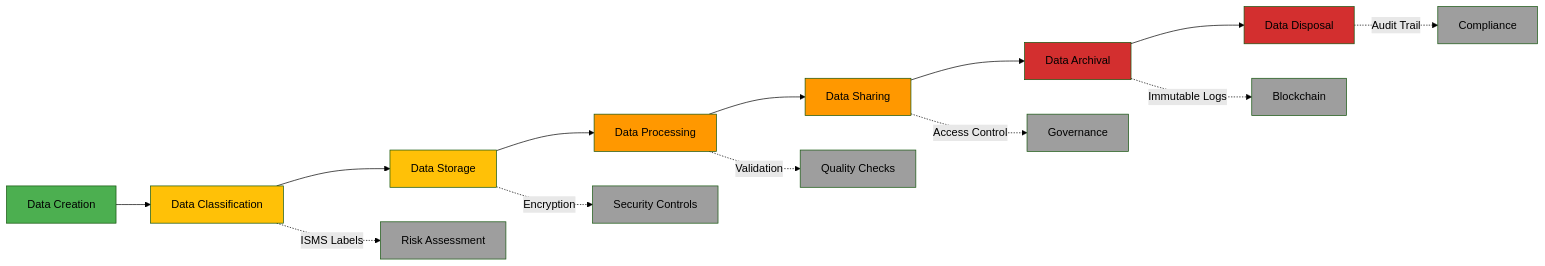
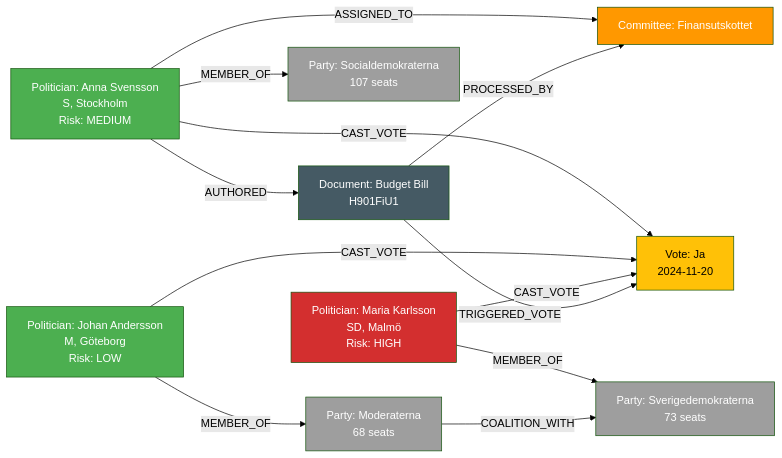
Before and after one commit to Hack23/riksdagsmonitor: the fourth of 8 diagrams in FUTURE_DATA_MODEL.md, drawn with Mermaid (forest theme). The commit also changed other lines of this file, not shown here.

Commit message:
docs: Rewrite FUTURE_DATA_MODEL.md v1.0 - concise AWS serverless (1,609 lines)

````diff
--- a/FUTURE_DATA_MODEL.md
+++ b/FUTURE_DATA_MODEL.md
@@ -3087,30 +1186,40 @@
 ```mermaid
-flowchart LR
-    A[Data Creation] --> B[Data Classification]
-    B --> C[Data Storage]
-    C --> D[Data Processing]
-    D --> E[Data Sharing]
-    E --> F[Data Archival]
-    F --> G[Data Disposal]
+graph LR
+    P1[Politician: Anna Svensson<br/>S, Stockholm<br/>Risk: MEDIUM]
+    P2[Politician: Johan Andersson<br/>M, Göteborg<br/>Risk: LOW]
+    P3[Politician: Maria Karlsson<br/>SD, Malmö<br/>Risk: HIGH]
     
-    B -.->|ISMS Labels| H[Risk Assessment]
-    C -.->|Encryption| I[Security Controls]
-    D -.->|Validation| J[Quality Checks]
-    E -.->|Access Control| K[Governance]
-    F -.->|Immutable Logs| L[Blockchain]
-    G -.->|Audit Trail| M[Compliance]
+    Party_S[Party: Socialdemokraterna<br/>107 seats]
+    Party_M[Party: Moderaterna<br/>68 seats]
+    Party_SD[Party: Sverigedemokraterna<br/>73 seats]
     
-    style A fill:#4CAF50
-    style B fill:#FFC107
-    style C fill:#FFC107
-    style D fill:#FF9800
-    style E fill:#FF9800
-    style F fill:#D32F2F
-    style G fill:#D32F2F
-    style H fill:#9E9E9E
-    style I fill:#9E9E9E
-    style J fill:#9E9E9E
-    style K fill:#9E9E9E
-    style L fill:#9E9E9E
-    style M fill:#9E9E9E
+    D1[Document: Budget Bill<br/>H901FiU1]
+    V1[Vote: Ja<br/>2024-11-20]
+    C1[Committee: Finansutskottet]
+    
+    P1 -->|MEMBER_OF| Party_S
+    P2 -->|MEMBER_OF| Party_M
+    P3 -->|MEMBER_OF| Party_SD
+    
+    P1 -->|AUTHORED| D1
+    P1 -->|CAST_VOTE| V1
+    P1 -->|ASSIGNED_TO| C1
+    
+    P2 -->|CAST_VOTE| V1
+    P3 -->|CAST_VOTE| V1
+    
+    Party_M -->|COALITION_WITH| Party_SD
+    
+    D1 -->|PROCESSED_BY| C1
+    D1 -->|TRIGGERED_VOTE| V1
+    
+    style P1 fill:#4CAF50,color:#fff
+    style P2 fill:#4CAF50,color:#fff
+    style P3 fill:#D32F2F,color:#fff
+    style Party_S fill:#9E9E9E,color:#fff
+    style Party_M fill:#9E9E9E,color:#fff
+    style Party_SD fill:#9E9E9E,color:#fff
+    style D1 fill:#455A64,color:#fff
+    style V1 fill:#FFC107,color:#000
+    style C1 fill:#FF9800,color:#fff
 ```
````
